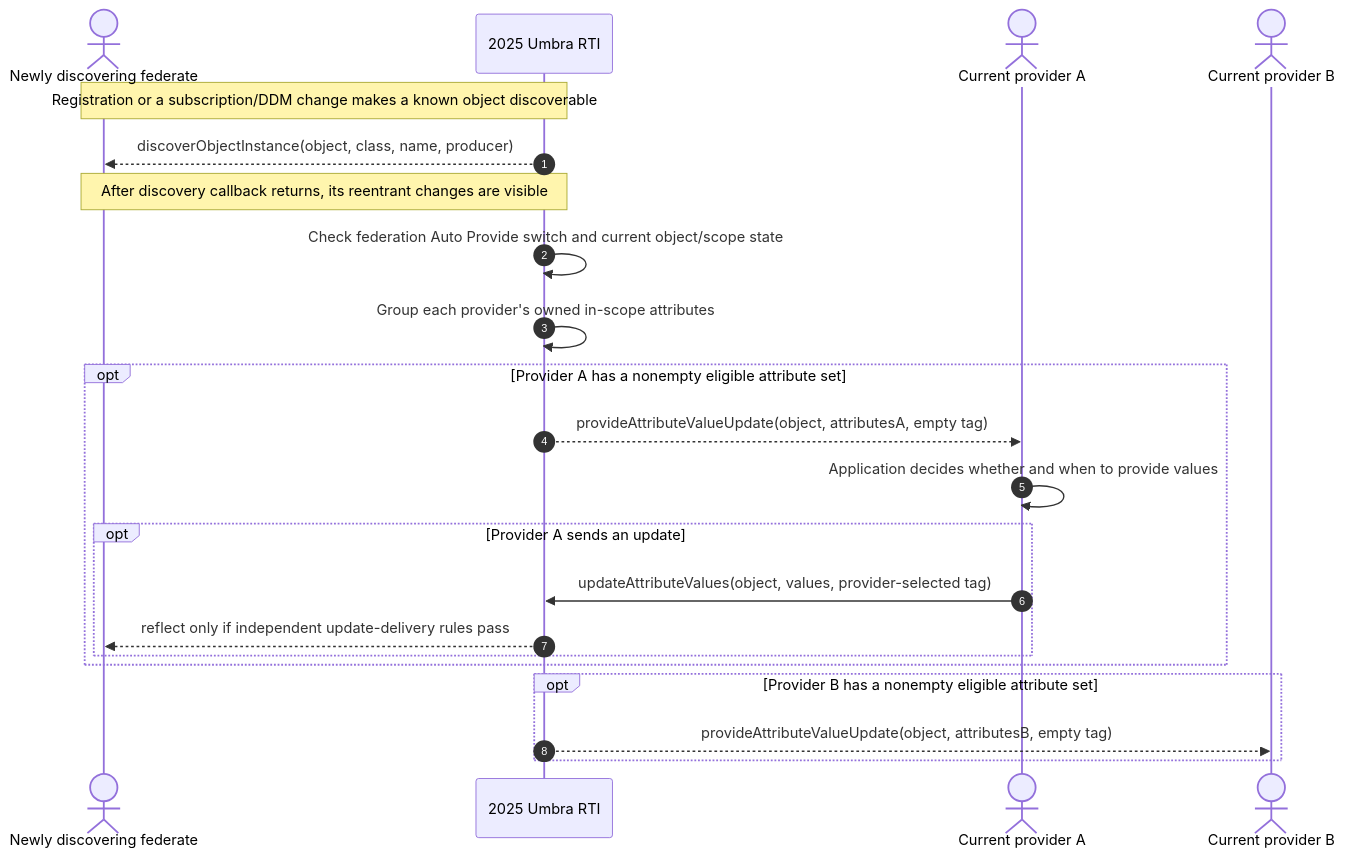
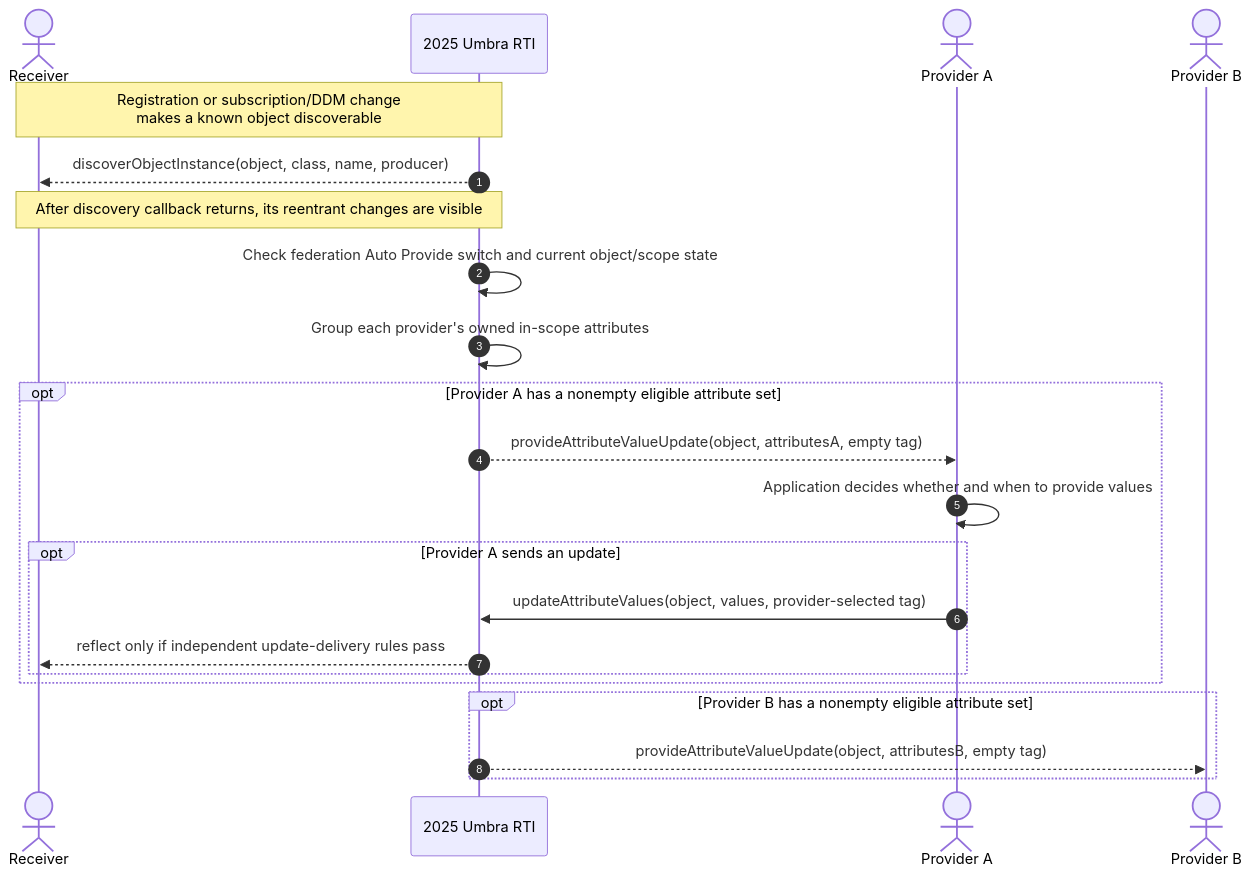
Before and after one commit to sheepfling/umbra: the second of 3 diagrams in docs/design/HLA-2025-AUTO-PROVIDE-FLOW-GUIDE.md, drawn with Mermaid. The commit also changed other lines of this file and 72 other files, not shown here.

```diff
--- a/docs/design/HLA-2025-AUTO-PROVIDE-FLOW-GUIDE.md
+++ b/docs/design/HLA-2025-AUTO-PROVIDE-FLOW-GUIDE.md
@@ -80,25 +80,25 @@
 ~~~mermaid
 sequenceDiagram
   autonumber
-  actor R as Newly discovering federate
+  actor R as Receiver
   participant RTI as 2025 Umbra RTI
-  actor P1 as Current provider A
-  actor P2 as Current provider B
+  actor P1 as Provider A
+  actor P2 as Provider B
 
-  Note over R,RTI: Registration or a subscription/DDM change makes a known object discoverable
+  Note over R,RTI: Registration or subscription/DDM change<br/>makes a known object discoverable
   RTI-->>R: discoverObjectInstance(object, class, name, producer)
   Note over R,RTI: After discovery callback returns, its reentrant changes are visible
   RTI->>RTI: Check federation Auto Provide switch and current object/scope state
   RTI->>RTI: Group each provider's owned in-scope attributes
   opt Provider A has a nonempty eligible attribute set
     RTI-->>P1: provideAttributeValueUpdate(object, attributesA, empty tag)
     P1->>P1: Application decides whether and when to provide values
     opt Provider A sends an update
       P1->>RTI: updateAttributeValues(object, values, provider-selected tag)
       RTI-->>R: reflect only if independent update-delivery rules pass
     end
   end
   opt Provider B has a nonempty eligible attribute set
     RTI-->>P2: provideAttributeValueUpdate(object, attributesB, empty tag)
   end
 ~~~
```
